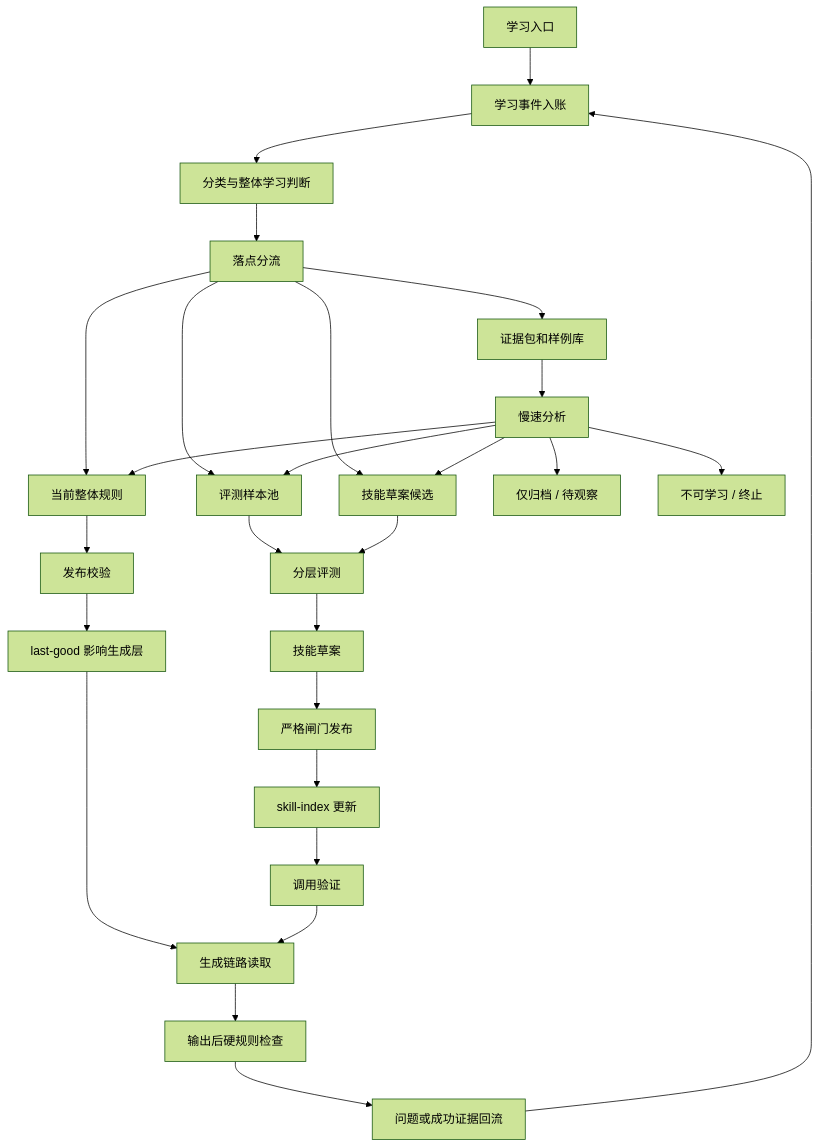
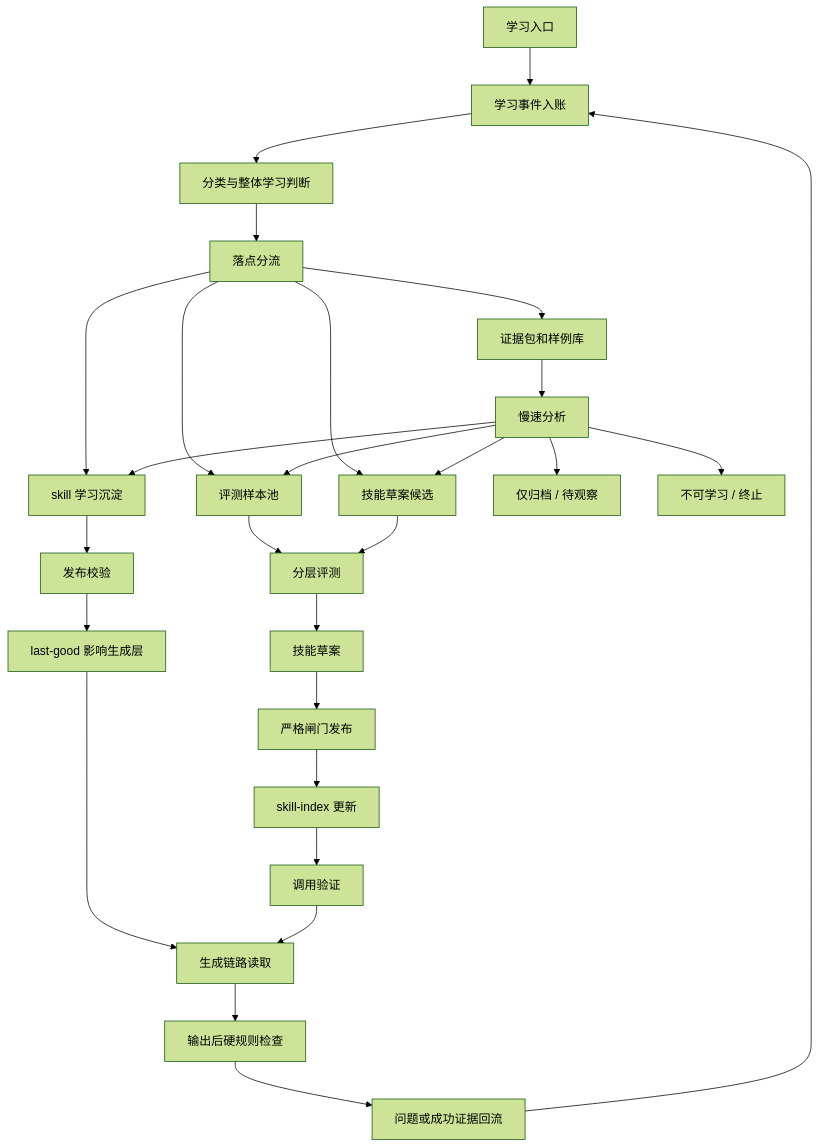
One commit to SteenLuo/MbhStoryboardScriptAssistant changed the diagram in docs/自主学习机制闭环重构方案.md. Above: the diagram before and after it, drawn with Mermaid (forest theme). The commit also changed other lines of this file and 55 other files, not shown here.

````diff
--- a/docs/自主学习机制闭环重构方案.md
+++ b/docs/自主学习机制闭环重构方案.md
@@ -651,29 +642,29 @@
 ```mermaid
 flowchart TD
   A["学习入口"] --> B["学习事件入账"]
   B --> C["分类与整体学习判断"]
   C --> D["落点分流"]
-  D --> E1["当前整体规则"]
+  D --> E1["skill 学习沉淀"]
   D --> E2["证据包和样例库"]
   D --> E3["评测样本池"]
   D --> E4["技能草案候选"]
   E1 --> F1["发布校验"]
   F1 --> G1["last-good 影响生成层"]
   E2 --> F2["慢速分析"]
   F2 --> T1["仅归档 / 待观察"]
   F2 --> T2["不可学习 / 终止"]
   F2 --> E1
   F2 --> E3
   F2 --> E4
   E3 --> F3["分层评测"]
   E4 --> F3
   F3 --> G2["技能草案"]
   G2 --> H["严格闸门发布"]
   H --> I["skill-index 更新"]
   I --> J["调用验证"]
   G1 --> K["生成链路读取"]
   J --> K
   K --> L["输出后硬规则检查"]
   L --> M["问题或成功证据回流"]
   M --> B
 ```
````
